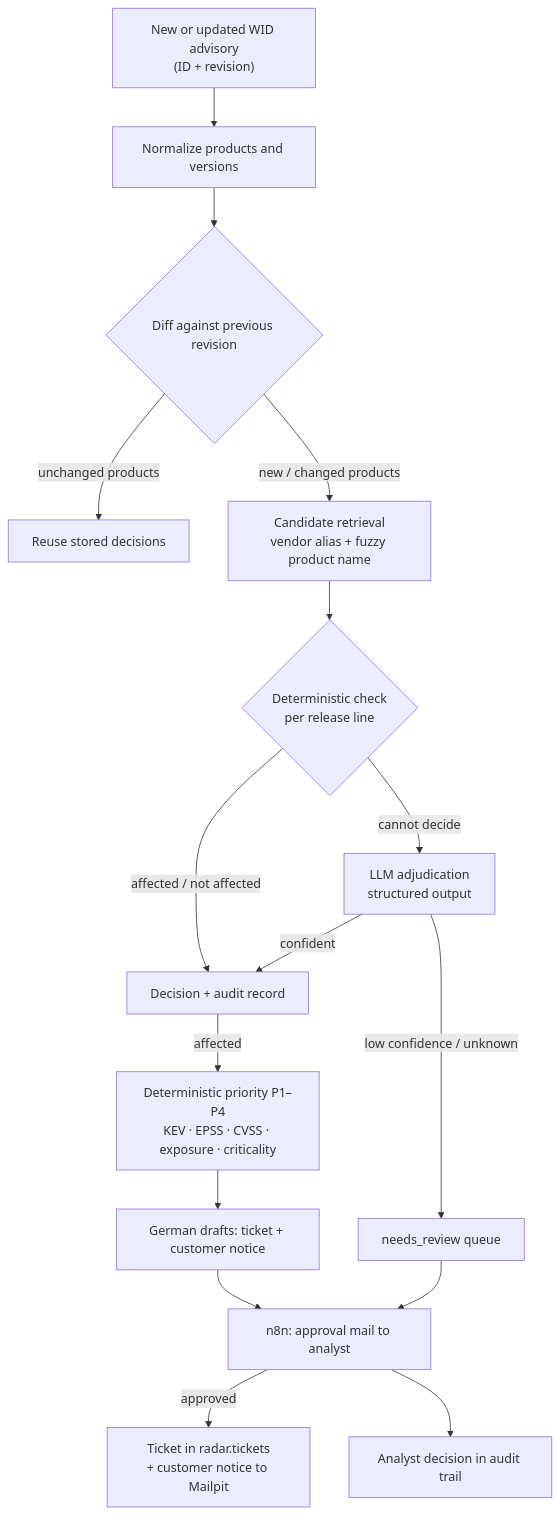
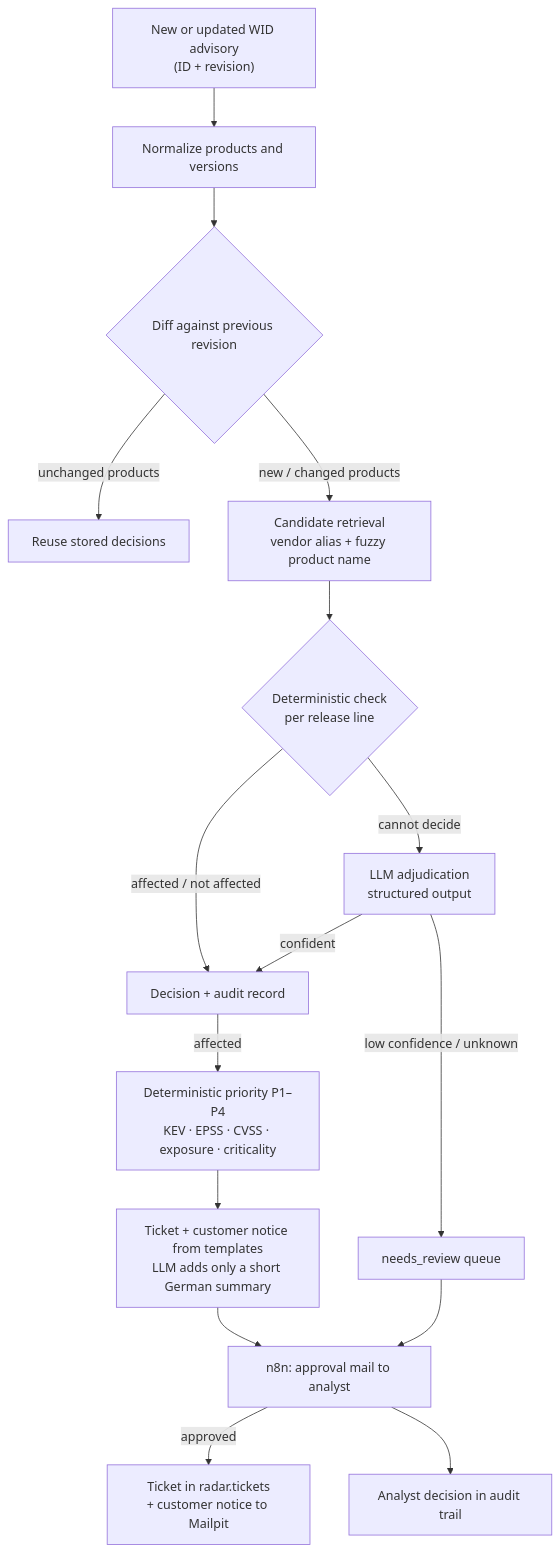
Before and after one commit to vitellaro-matteo/ai-fox: the second of 2 diagrams in docs/ARCHITECTURE.md, drawn with Mermaid. The commit also changed other lines of this file and 4 other files, not shown here.

````diff
--- a/docs/ARCHITECTURE.md
+++ b/docs/ARCHITECTURE.md
@@ -42,18 +42,18 @@
 ```mermaid
 flowchart TD
     A["New or updated WID advisory<br/>(ID + revision)"] --> B["Normalize products and versions"]
     B --> C{"Diff against previous revision"}
     C -->|unchanged products| C2["Reuse stored decisions"]
     C -->|new / changed products| D["Candidate retrieval<br/>vendor alias + fuzzy product name"]
     D --> E{"Deterministic check<br/>per release line"}
     E -->|affected / not affected| G
     E -->|cannot decide| F["LLM adjudication<br/>structured output"]
     F -->|confident| G["Decision + audit record"]
     F -->|low confidence / unknown| R["needs_review queue"]
     G -->|affected| S["Deterministic priority P1–P4<br/>KEV · EPSS · CVSS · exposure · criticality"]
-    S --> T["German drafts: ticket + customer notice"]
+    S --> T["Ticket + customer notice from templates<br/>LLM adds only a short German summary"]
     T --> U["n8n: approval mail to analyst"]
     R --> U
     U -->|approved| V["Ticket in radar.tickets<br/>+ customer notice to Mailpit"]
     U --> W["Analyst decision in audit trail"]
 ```
````
